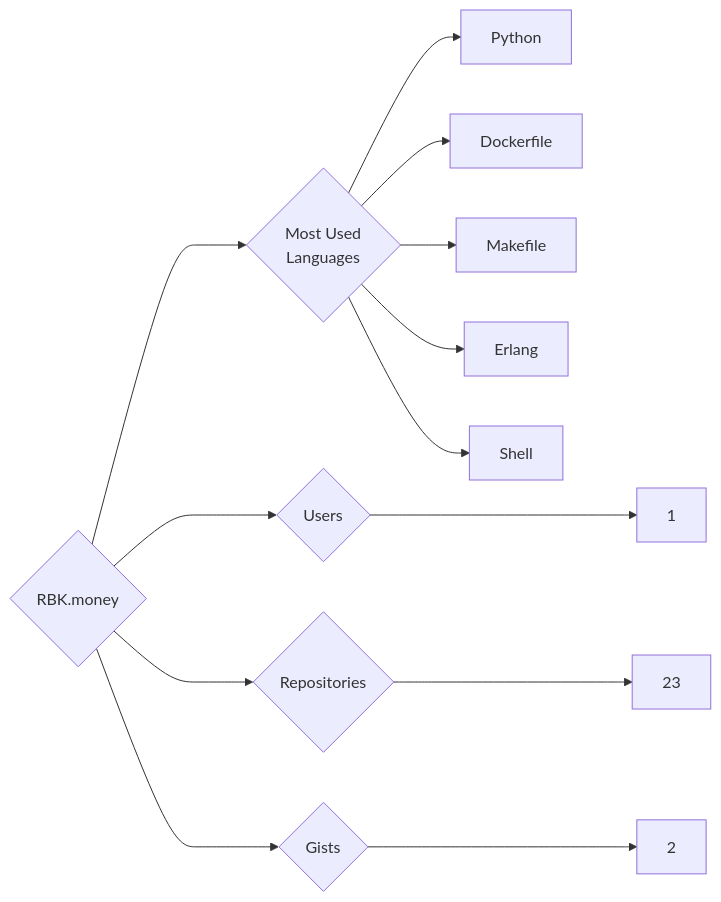
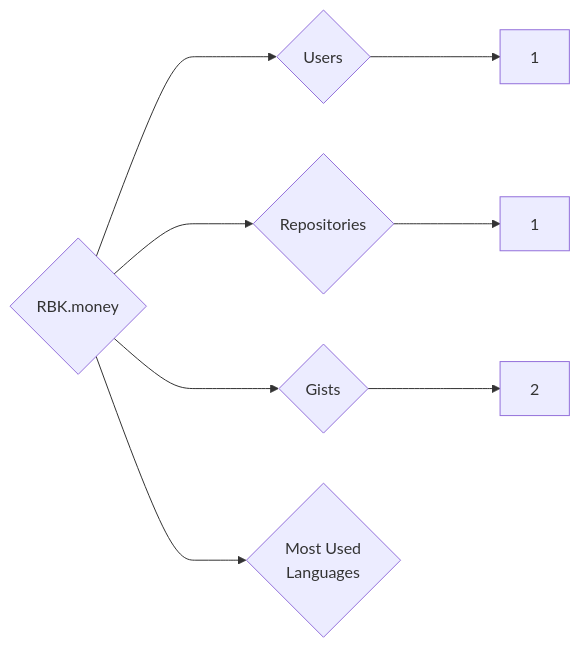
One commit to trickest/insiders changed the diagram in targets/RBK.money/README.md. Above: the diagram before and after it, drawn with Mermaid. The commit also changed 814 other files, not shown here.

````diff
--- a/targets/RBK.money/README.md
+++ b/targets/RBK.money/README.md
@@ -3,13 +3,8 @@
 ```mermaid
 graph LR
 COMPANY_NAME{RBK.money}
 COMPANY_NAME ---> U{Users} ---> UN[1]
-COMPANY_NAME ---> R{Repositories} ---> RN[23]
+COMPANY_NAME ---> R{Repositories} ---> RN[1]
 COMPANY_NAME ---> G{Gists} ---> GN[2]
 COMPANY_NAME ---> ML{Most Used<br>Languages}
-ML --> Python[Python]
-ML --> Dockerfile[Dockerfile]
-ML --> Makefile[Makefile]
-ML --> Erlang[Erlang]
-ML --> Shell[Shell]
 ```
````
